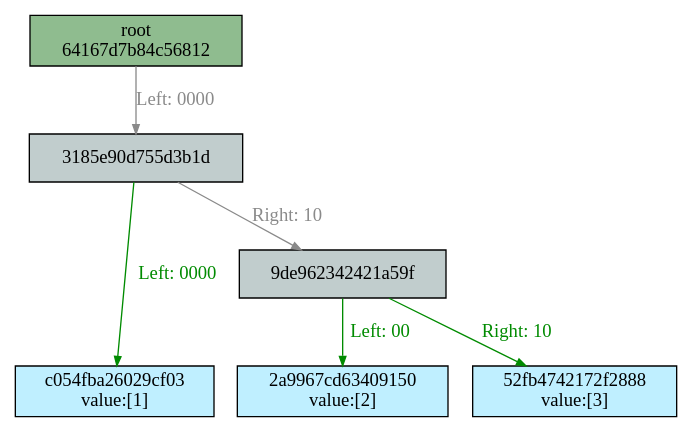
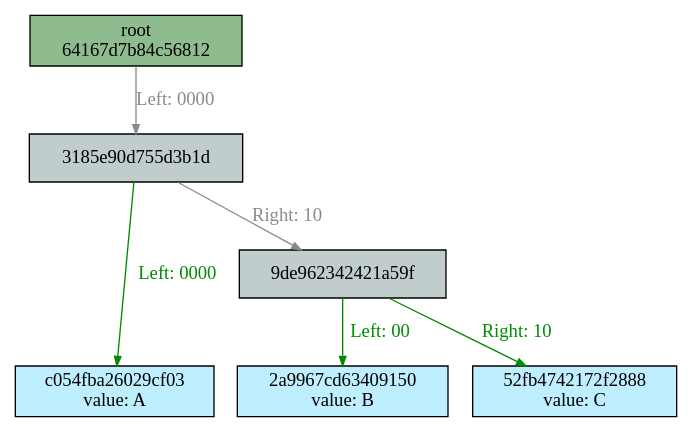
Before and after one commit to juicebox-systems/juicebox-hsm-realm: the diagram in docs/merkle_tree/merge/left_branches.dot, drawn with Graphviz. The commit also changed 46 other files, not shown here.

```diff
--- a/docs/merkle_tree/merge/left_branches.dot
+++ b/docs/merkle_tree/merge/left_branches.dot
@@ -1,38 +1,38 @@
 Digraph merkletree {
 
 h64167d7b84c56812 -> h3185e90d755d3b1d [arrowsize=0.7 color=gray54 fontcolor=gray54 label="Left: 0000\l" nojustify=true ];
 h3185e90d755d3b1d -> hc054fba26029cf03 [arrowsize=0.7 color=green4 fillcolor=green4 fontcolor=green4 label="Left: 0000" nojustify=true ];
 h3185e90d755d3b1d -> h9de962342421a59f [arrowsize=0.7 color=gray54 fontcolor=gray54 label="Right: 10\l" nojustify=true ];
 h9de962342421a59f -> h2a9967cd63409150 [arrowsize=0.7 color=green4 fillcolor=green4 fontcolor=green4 label="Left: 00" nojustify=true ];
 h9de962342421a59f -> h52fb4742172f2888 [arrowsize=0.7 color=green4 fillcolor=green4 fontcolor=green4 label="Right: 10" nojustify=true ];
 
 Subgraph depth_0 {
 rank=same
 
 h64167d7b84c56812 [fillcolor=darkseagreen label="root\n64167d7b84c56812" ordering=out shape=box style=filled ];
 }
 
 
 Subgraph depth_4 {
 rank=same
 
 h3185e90d755d3b1d [fillcolor=azure3 label="3185e90d755d3b1d" ordering=out shape=box style=filled ];
 }
 
 
 Subgraph depth_256 {
 rank=same
 
-hc054fba26029cf03 [fillcolor=lightblue1 label="c054fba26029cf03\nvalue:[1]" ordering=out shape=box style=filled ];
-h2a9967cd63409150 [fillcolor=lightblue1 label="2a9967cd63409150\nvalue:[2]" ordering=out shape=box style=filled ];
-h52fb4742172f2888 [fillcolor=lightblue1 label="52fb4742172f2888\nvalue:[3]" ordering=out shape=box style=filled ];
+hc054fba26029cf03 [fillcolor=lightblue1 label="c054fba26029cf03\nvalue: A" ordering=out shape=box style=filled ];
+h2a9967cd63409150 [fillcolor=lightblue1 label="2a9967cd63409150\nvalue: B" ordering=out shape=box style=filled ];
+h52fb4742172f2888 [fillcolor=lightblue1 label="52fb4742172f2888\nvalue: C" ordering=out shape=box style=filled ];
 }
 
 
 Subgraph depth_6 {
 rank=same
 
 h9de962342421a59f [fillcolor=azure3 label="9de962342421a59f" ordering=out shape=box style=filled ];
 }
 
 }
```
